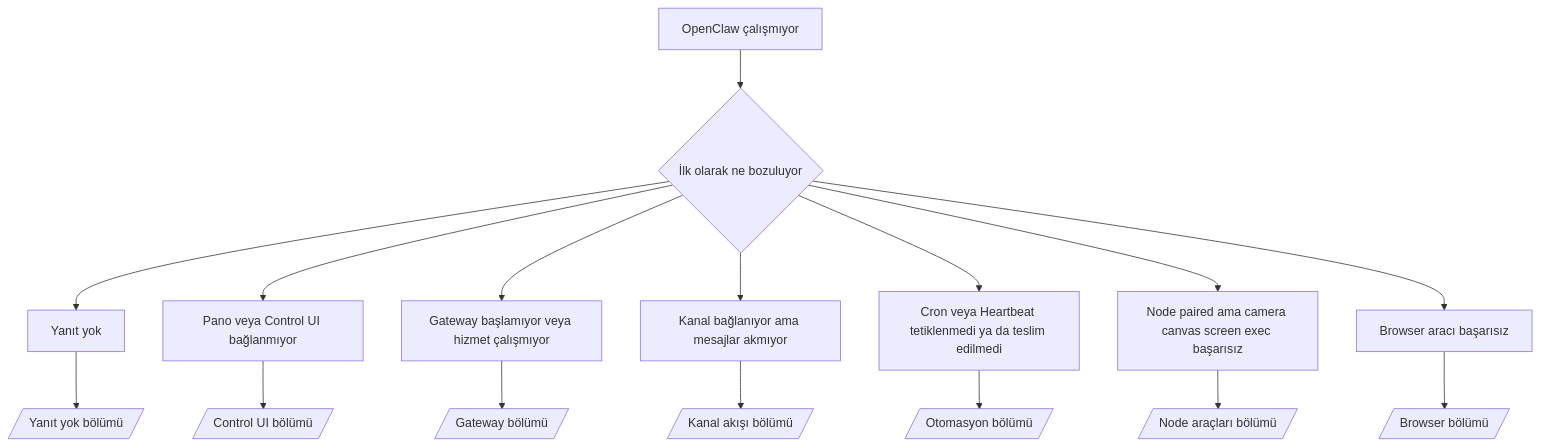
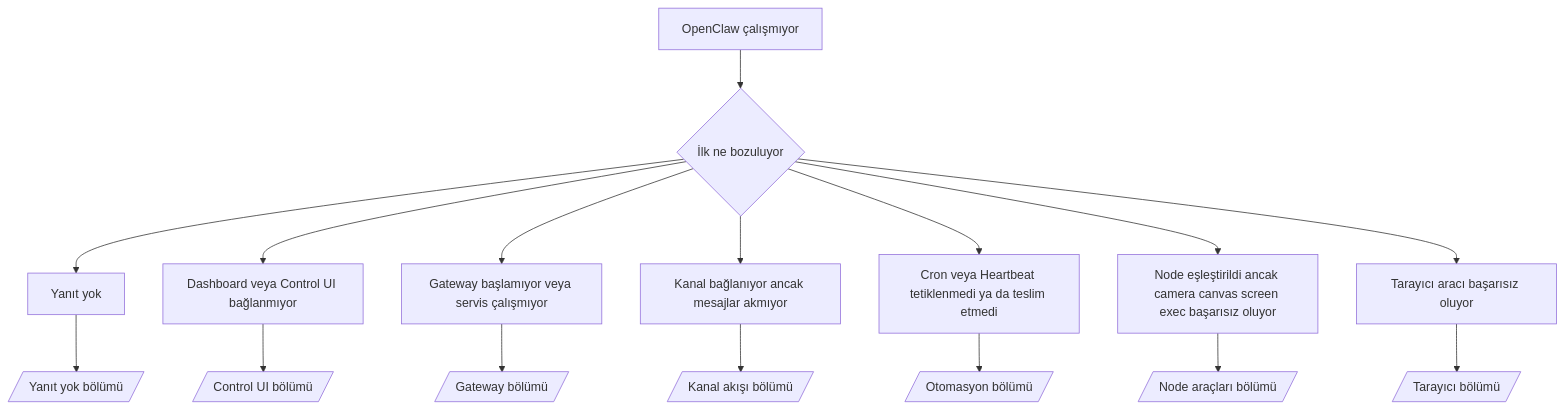
The diagram in docs/tr/help/troubleshooting.md (openclaw/docs), drawn with Mermaid before and after one commit. The commit also changed other lines of this file and 225 other files, not shown here.

````diff
--- a/docs/tr/help/troubleshooting.md
+++ b/docs/tr/help/troubleshooting.md
@@ -91,19 +123,19 @@
 ```mermaid
 flowchart TD
-  A[OpenClaw çalışmıyor] --> B{İlk olarak ne bozuluyor}
+  A[OpenClaw çalışmıyor] --> B{İlk ne bozuluyor}
   B --> C[Yanıt yok]
-  B --> D[Pano veya Control UI bağlanmıyor]
-  B --> E[Gateway başlamıyor veya hizmet çalışmıyor]
-  B --> F[Kanal bağlanıyor ama mesajlar akmıyor]
-  B --> G[Cron veya Heartbeat tetiklenmedi ya da teslim edilmedi]
-  B --> H[Node paired ama camera canvas screen exec başarısız]
-  B --> I[Browser aracı başarısız]
+  B --> D[Dashboard veya Control UI bağlanmıyor]
+  B --> E[Gateway başlamıyor veya servis çalışmıyor]
+  B --> F[Kanal bağlanıyor ancak mesajlar akmıyor]
+  B --> G[Cron veya Heartbeat tetiklenmedi ya da teslim etmedi]
+  B --> H[Node eşleştirildi ancak camera canvas screen exec başarısız oluyor]
+  B --> I[Tarayıcı aracı başarısız oluyor]
 
   C --> C1[/Yanıt yok bölümü/]
   D --> D1[/Control UI bölümü/]
   E --> E1[/Gateway bölümü/]
   F --> F1[/Kanal akışı bölümü/]
   G --> G1[/Otomasyon bölümü/]
   H --> H1[/Node araçları bölümü/]
-  I --> I1[/Browser bölümü/]
+  I --> I1[/Tarayıcı bölümü/]
 ```
````
